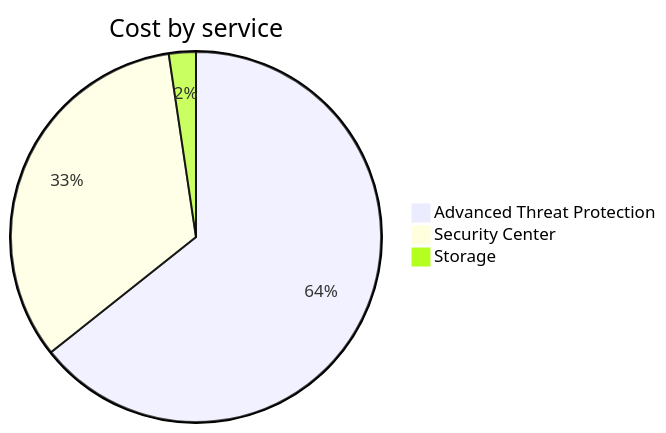
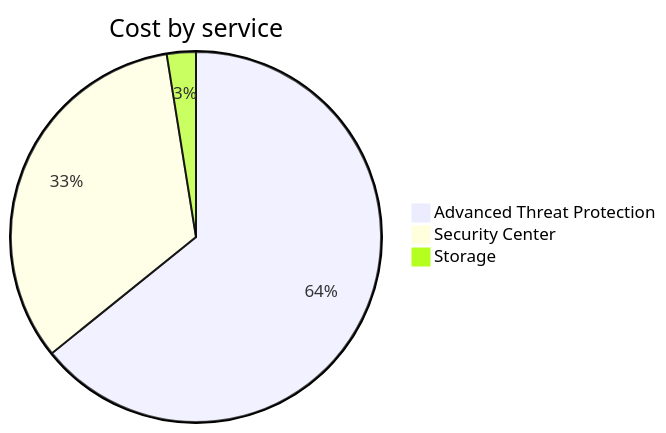
Before and after one commit to jpfulton/azure-personal-reports: the second of 4 diagrams in cost-reports/cloud-shell-storage-eastus/cs2100300008c8d894b.md, drawn with Mermaid. The commit also changed other lines of this file and 32 other files, not shown here.

````diff
--- a/cost-reports/cloud-shell-storage-eastus/cs2100300008c8d894b.md
+++ b/cost-reports/cloud-shell-storage-eastus/cs2100300008c8d894b.md
@@ -95,7 +95,7 @@
 ```mermaid
 pie
    title Cost by service
    "Advanced Threat Protection" : 3.55
    "Security Center" : 1.84
-   "Storage" : 0.13
+   "Storage" : 0.14
 ```
````
